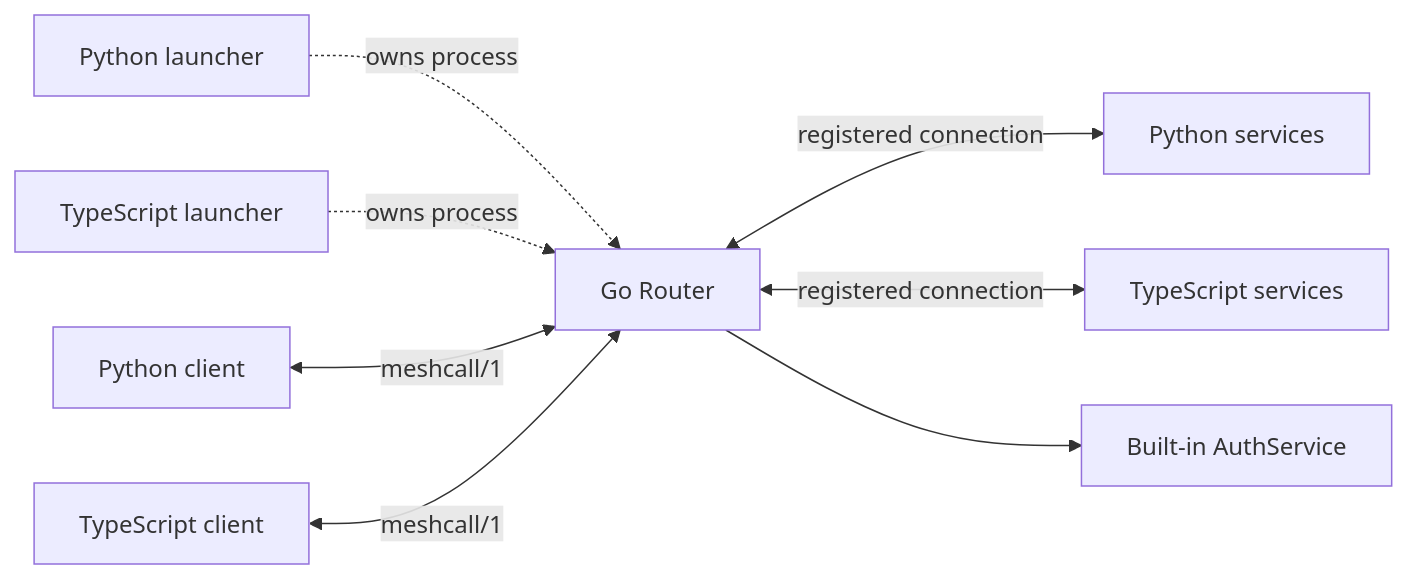
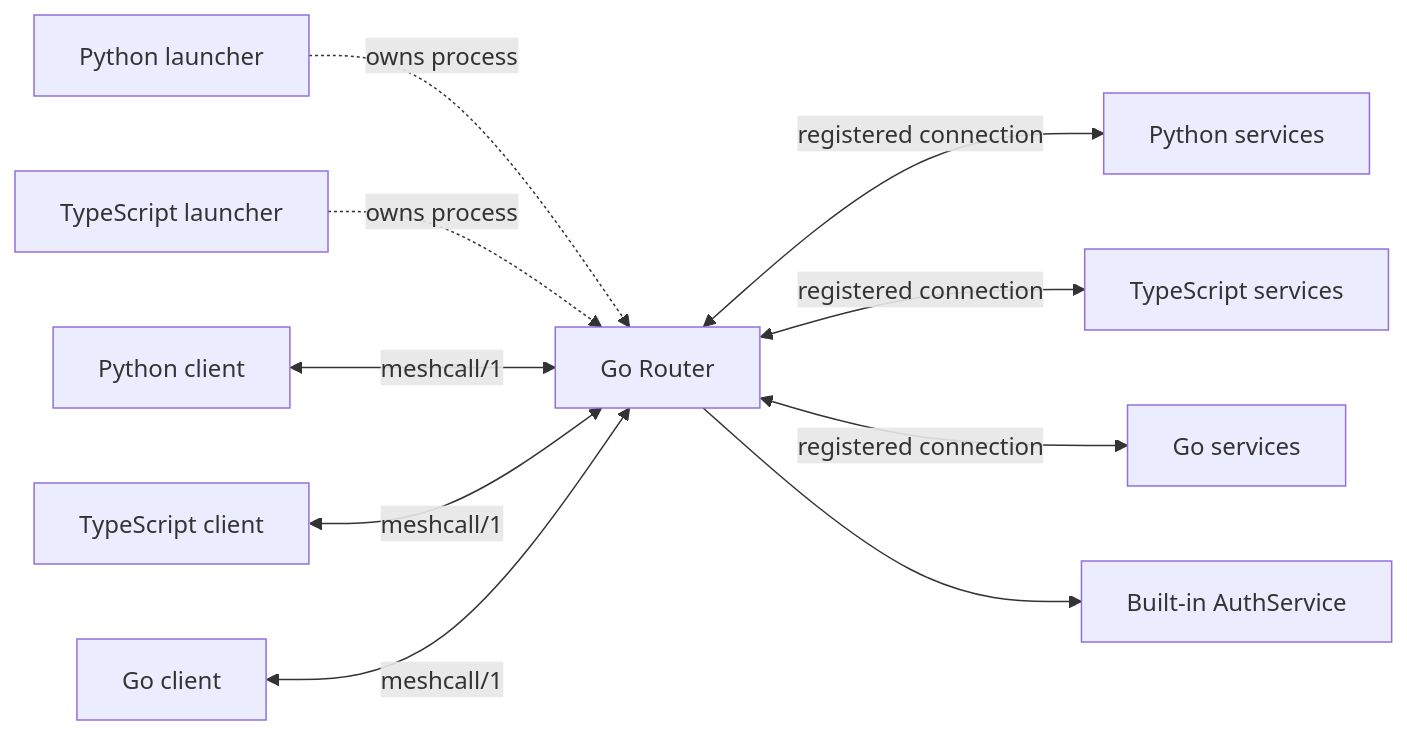
One commit to t4wefan/meshcall changed the diagram in docs/router.md. Above: the diagram before and after it, drawn with Mermaid. The commit also changed other lines of this file and 21 other files, not shown here.

````diff
--- a/docs/router.md
+++ b/docs/router.md
@@ -10,10 +13,12 @@
 ```mermaid
 flowchart LR
   PL[Python launcher] -. owns process .-> R[Go Router]
   TL[TypeScript launcher] -. owns process .-> R
   PC[Python client] <-->|meshcall/1| R
   TC[TypeScript client] <-->|meshcall/1| R
+  GC[Go client] <-->|meshcall/1| R
   R <-->|registered connection| PS[Python services]
   R <-->|registered connection| TS[TypeScript services]
+  R <-->|registered connection| GS[Go services]
   R --> A[Built-in AuthService]
 ```
````
